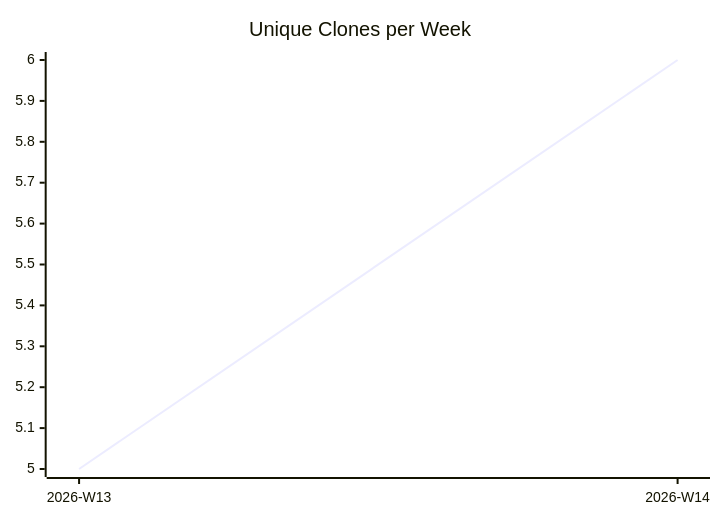
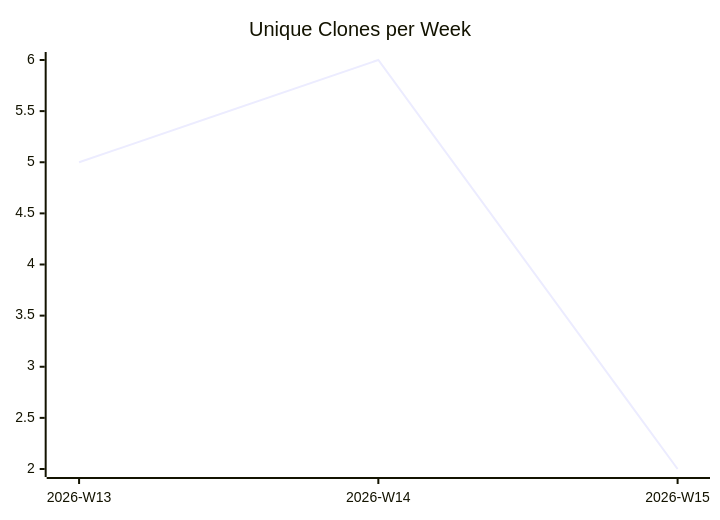
Before and after one commit to justdavis-family/github-analytics-data: the third of 3 diagrams in karlmdavis/kxml2/README.md, drawn with Mermaid. The commit also changed other lines of this file and 190 other files, not shown here.

````diff
--- a/karlmdavis/kxml2/README.md
+++ b/karlmdavis/kxml2/README.md
@@ -19,6 +19,6 @@
 ```mermaid
 xychart-beta
   title "Unique Clones per Week"
-  x-axis ["2026-W13", "2026-W14"]
-  line [5, 6]
+  x-axis ["2026-W13", "2026-W14", "2026-W15"]
+  line [5, 6, 2]
 ```
````
